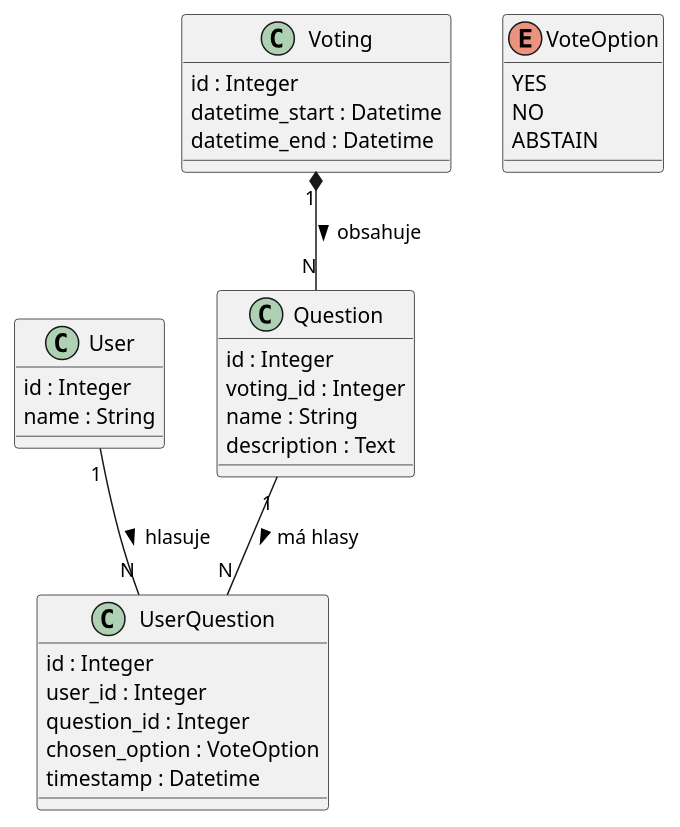
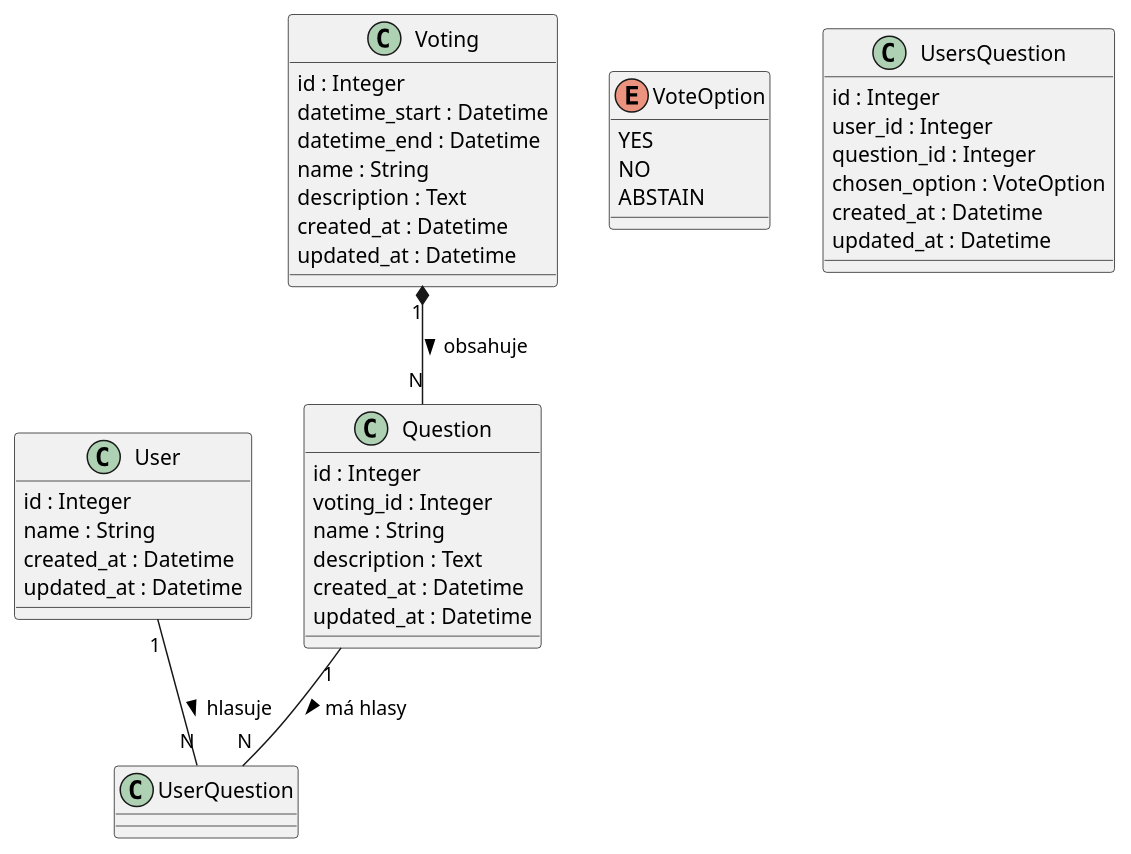
One commit to jacky32/slovjani changed the diagram in docs/diagrams/voting_system.plantuml. Above: the diagram before and after it, drawn with PlantUML. The commit also changed 4 other files, not shown here.

```diff
--- a/docs/diagrams/voting_system.plantuml
+++ b/docs/diagrams/voting_system.plantuml
@@ -1,40 +1,49 @@
 @startuml "Voting System Class Diagram"
 
 class User {
   id : Integer
   name : String
+  created_at : Datetime
+  updated_at : Datetime
 }
 
 class Voting {
   id : Integer
   datetime_start : Datetime
   datetime_end : Datetime
+  name : String
+  description : Text
+  created_at : Datetime
+  updated_at : Datetime
 }
 
 class Question {
   id : Integer
   voting_id : Integer
   name : String
   description : Text
+  created_at : Datetime
+  updated_at : Datetime
 }
 
 enum VoteOption {
   YES
   NO
   ABSTAIN
 }
 
-class UserQuestion {
+class UsersQuestion {
   id : Integer
   user_id : Integer
   question_id : Integer
   chosen_option : VoteOption
-  timestamp : Datetime
+  created_at : Datetime
+  updated_at : Datetime
 }
 
 ' Vazby
 Voting "1" *-- "N" Question : obsahuje >
 User "1" -- "N" UserQuestion : hlasuje >
 Question "1" -- "N" UserQuestion : má hlasy >
 
 @enduml
```
